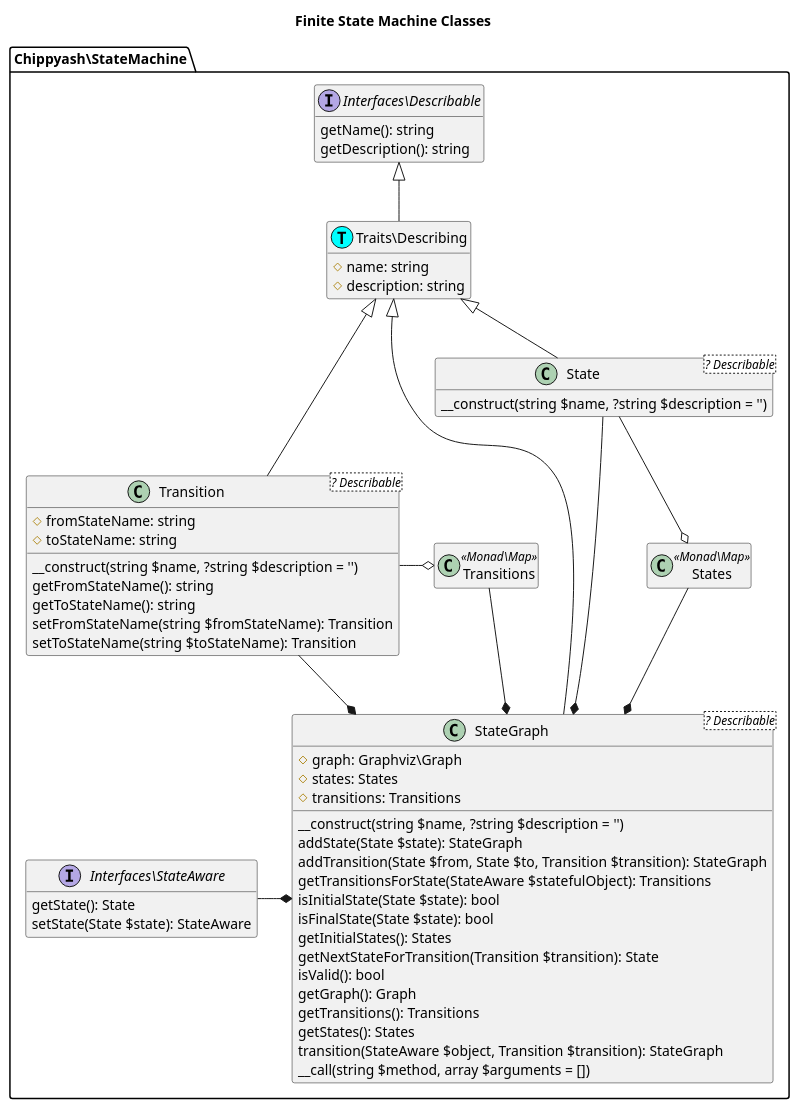
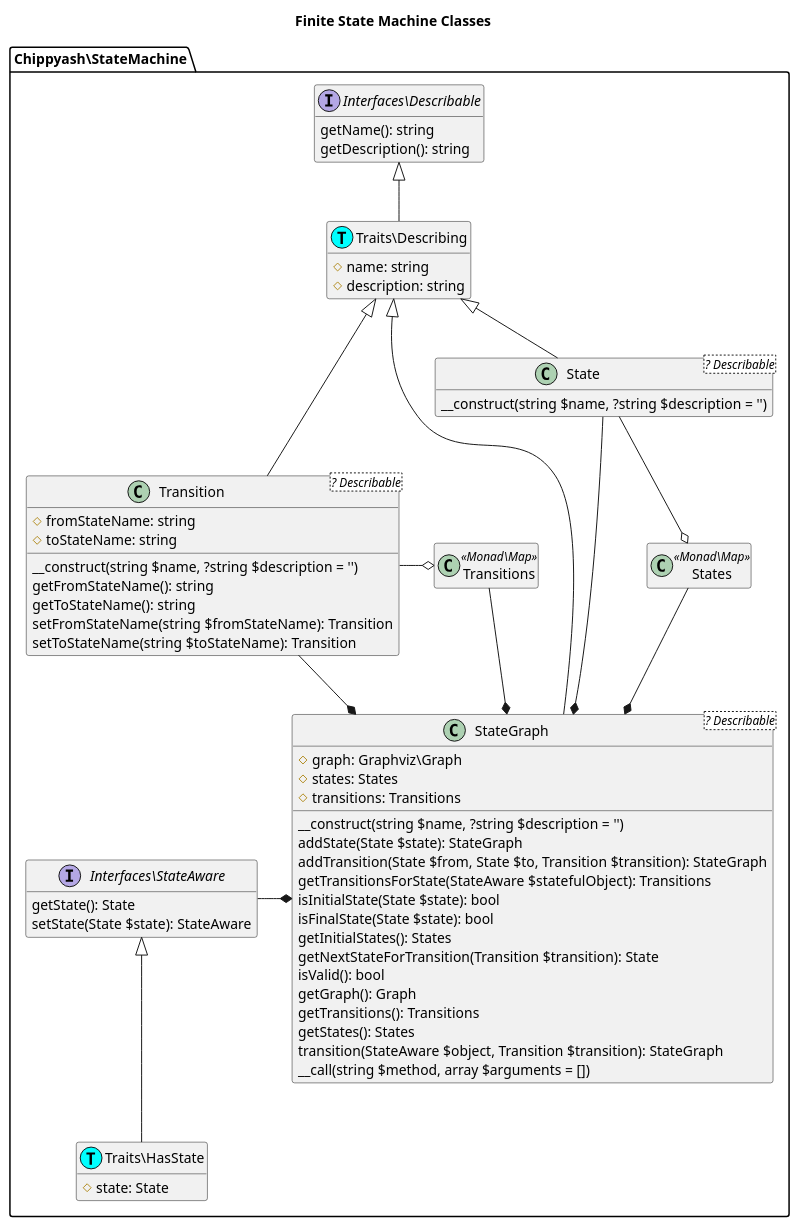
The diagram in docs/state-machine-classes.puml (the-matrix/finite-state-machine), drawn with PlantUML before and after one commit. The commit also changed 1 other file, not shown here.

Commit message:
add HasState to uml

```diff
--- a/docs/state-machine-classes.puml
+++ b/docs/state-machine-classes.puml
@@ -1,76 +1,81 @@
 @startuml
 hide empty members
 title Finite State Machine Classes
 namespace Chippyash\StateMachine {
     interface "Interfaces\Describable" as Describable {
         getName(): string
         getDescription(): string
     }
 
     interface "Interfaces\StateAware" as StateAware {
         getState(): State
         setState(State $state): StateAware
     }
+
+	class "Traits\HasState" as HasState << (T, cyan) >> {
+		#state: State
+	}
+	StateAware <|-- HasState
 
     class "Traits\Describing" as Describing << (T, cyan)>>  {
         #name: string
         #description: string
     }
     Describable <|-- Describing
 
     class State <? Describable>{
         __construct(string $name, ?string $description = '')
     }
 
     class StateGraph <? Describable>{
         #graph: Graphviz\Graph
         #states: States
         #transitions: Transitions
         __construct(string $name, ?string $description = '')
         addState(State $state): StateGraph
         addTransition(State $from, State $to, Transition $transition): StateGraph
         getTransitionsForState(StateAware $statefulObject): Transitions
         isInitialState(State $state): bool
         isFinalState(State $state): bool
         getInitialStates(): States
         getNextStateForTransition(Transition $transition): State
         isValid(): bool
         getGraph(): Graph
         getTransitions(): Transitions
         getStates(): States
         transition(StateAware $object, Transition $transition): StateGraph
         __call(string $method, array $arguments = [])
     }
 
     class States <<Monad\Map>> {
 
     }
     State --o States
 
     class Transition <? Describable>{
     	#fromStateName: string
     	#toStateName: string
         __construct(string $name, ?string $description = '')
         getFromStateName(): string
         getToStateName(): string
         setFromStateName(string $fromStateName): Transition
         setToStateName(string $toStateName): Transition
     }
     Transition -o Transitions
 
     Describing <|-- State
     Describing <|-- Transition
     Describing <|-- StateGraph
 
     class Transitions <<Monad\Map>> {
 
     }
 
 	StateAware -* StateGraph
     Transition --* StateGraph
     Transitions --* StateGraph
     State --* StateGraph
     States --* StateGraph
 
 }
 @enduml
```
